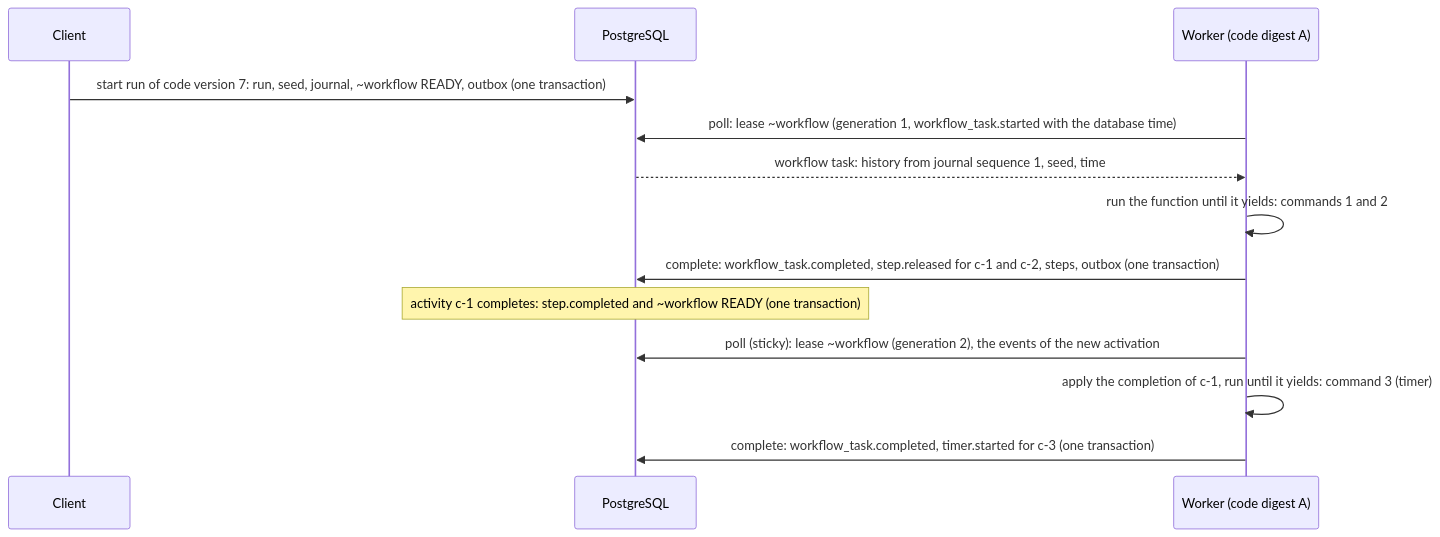
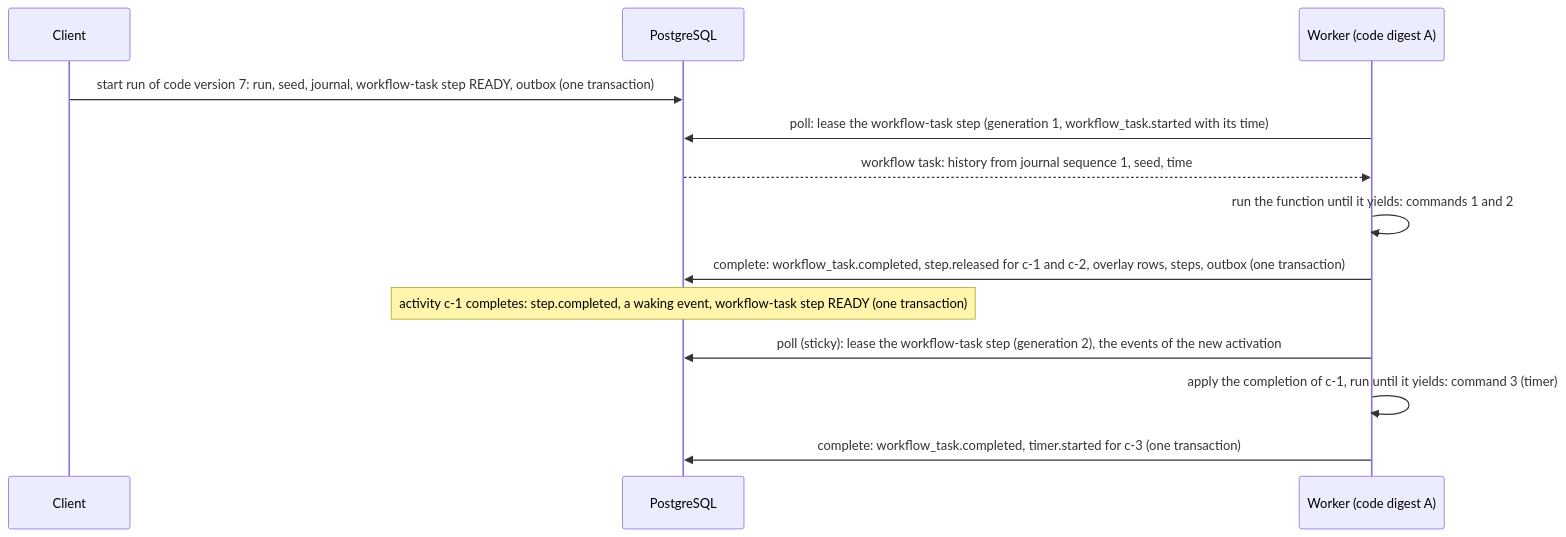
The diagram in docs/designs/044-workflow-as-code.md (ortisun/sagat-octopus-orchestrator), drawn with Mermaid before and after one commit. The commit also changed other lines of this file and 12 other files, not shown here.

First line of the commit message:
docs(044): answer the correctness and architecture reviews

````diff
--- a/docs/designs/044-workflow-as-code.md
+++ b/docs/designs/044-workflow-as-code.md
@@ -686,15 +746,15 @@
 ```mermaid
 sequenceDiagram
   participant C as Client
   participant DB as PostgreSQL
   participant W as Worker (code digest A)
-  C->>DB: start run of code version 7: run, seed, journal, ~workflow READY, outbox (one transaction)
-  W->>DB: poll: lease ~workflow (generation 1, workflow_task.started with the database time)
+  C->>DB: start run of code version 7: run, seed, journal, workflow-task step READY, outbox (one transaction)
+  W->>DB: poll: lease the workflow-task step (generation 1, workflow_task.started with its time)
   DB-->>W: workflow task: history from journal sequence 1, seed, time
   W->>W: run the function until it yields: commands 1 and 2
-  W->>DB: complete: workflow_task.completed, step.released for c-1 and c-2, steps, outbox (one transaction)
-  Note over DB: activity c-1 completes: step.completed and ~workflow READY (one transaction)
-  W->>DB: poll (sticky): lease ~workflow (generation 2), the events of the new activation
+  W->>DB: complete: workflow_task.completed, step.released for c-1 and c-2, overlay rows, steps, outbox (one transaction)
+  Note over DB: activity c-1 completes: step.completed, a waking event, workflow-task step READY (one transaction)
+  W->>DB: poll (sticky): lease the workflow-task step (generation 2), the events of the new activation
   W->>W: apply the completion of c-1, run until it yields: command 3 (timer)
   W->>DB: complete: workflow_task.completed, timer.started for c-3 (one transaction)
 ```
````
